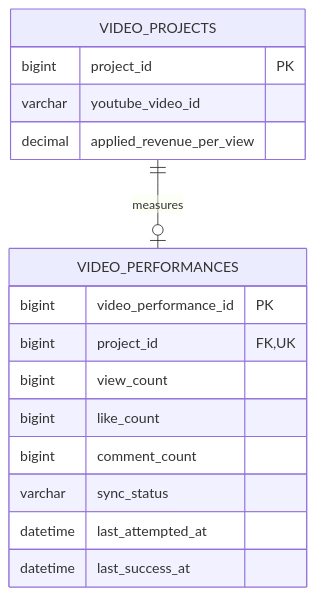
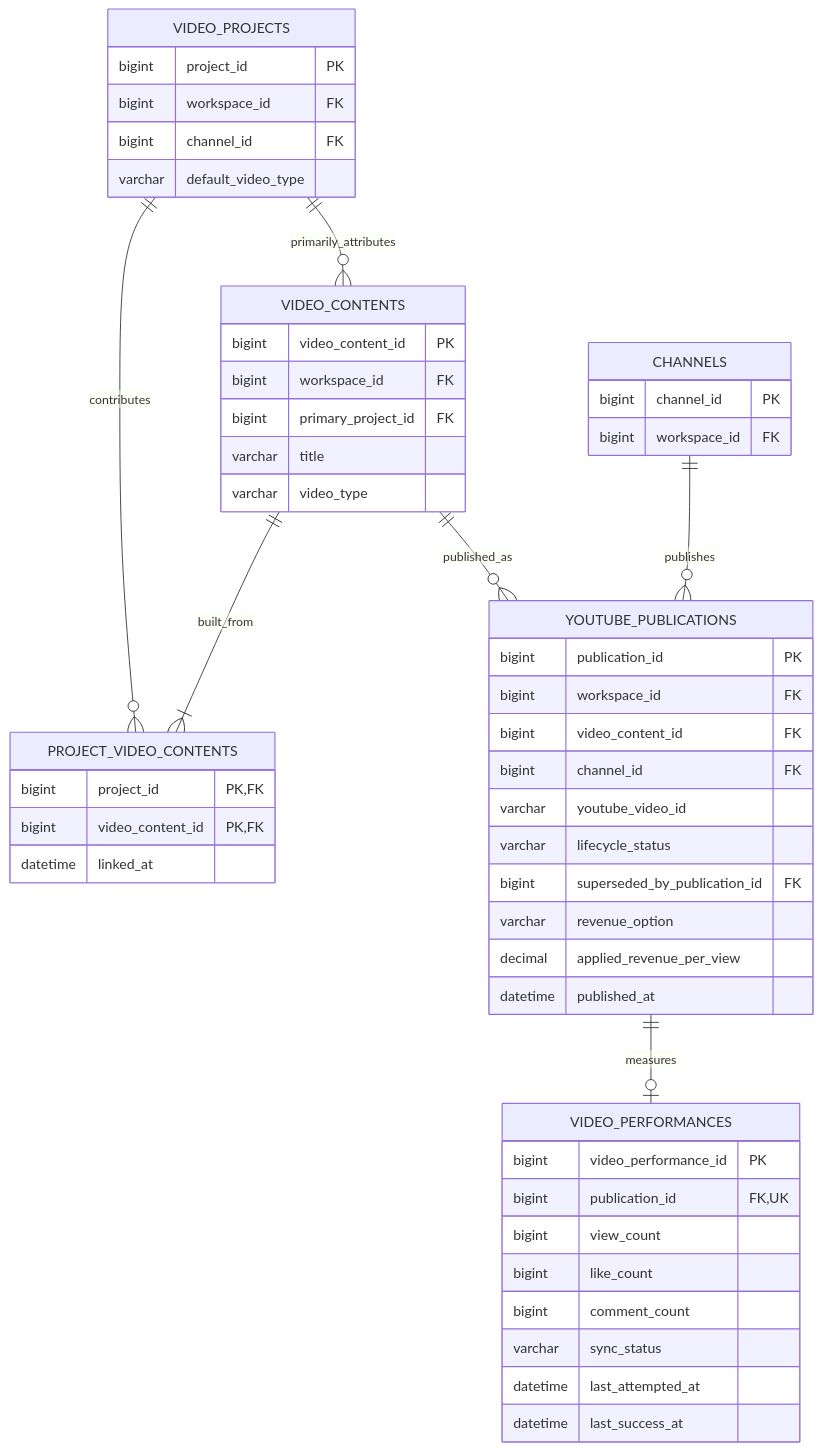
Before and after one commit to heebaek200/yms-project: the sixth of 6 diagrams in docs/design/데이터베이스 설계 및 ERD.md, drawn with Mermaid. The commit also changed other lines of this file and 4 other files, not shown here.

````diff
--- a/docs/design/데이터베이스 설계 및 ERD.md
+++ b/docs/design/데이터베이스 설계 및 ERD.md
@@ -1131,21 +1227,59 @@
 ```mermaid
 erDiagram
     VIDEO_PROJECTS {
         bigint project_id PK
+        bigint workspace_id FK
+        bigint channel_id FK
+        varchar default_video_type
+    }
+
+    VIDEO_CONTENTS {
+        bigint video_content_id PK
+        bigint workspace_id FK
+        bigint primary_project_id FK
+        varchar title
+        varchar video_type
+    }
+
+    PROJECT_VIDEO_CONTENTS {
+        bigint project_id PK,FK
+        bigint video_content_id PK,FK
+        datetime linked_at
+    }
+
+    CHANNELS {
+        bigint channel_id PK
+        bigint workspace_id FK
+    }
+
+    YOUTUBE_PUBLICATIONS {
+        bigint publication_id PK
+        bigint workspace_id FK
+        bigint video_content_id FK
+        bigint channel_id FK
         varchar youtube_video_id
+        varchar lifecycle_status
+        bigint superseded_by_publication_id FK
+        varchar revenue_option
         decimal applied_revenue_per_view
+        datetime published_at
     }
 
     VIDEO_PERFORMANCES {
         bigint video_performance_id PK
-        bigint project_id FK,UK
+        bigint publication_id FK,UK
         bigint view_count
         bigint like_count
         bigint comment_count
         varchar sync_status
         datetime last_attempted_at
         datetime last_success_at
     }
 
-    VIDEO_PROJECTS ||--o| VIDEO_PERFORMANCES : measures
+    VIDEO_PROJECTS ||--o{ PROJECT_VIDEO_CONTENTS : contributes
+    VIDEO_CONTENTS ||--|{ PROJECT_VIDEO_CONTENTS : built_from
+    VIDEO_PROJECTS ||--o{ VIDEO_CONTENTS : primarily_attributes
+    VIDEO_CONTENTS ||--o{ YOUTUBE_PUBLICATIONS : published_as
+    CHANNELS ||--o{ YOUTUBE_PUBLICATIONS : publishes
+    YOUTUBE_PUBLICATIONS ||--o| VIDEO_PERFORMANCES : measures
 ```
````
